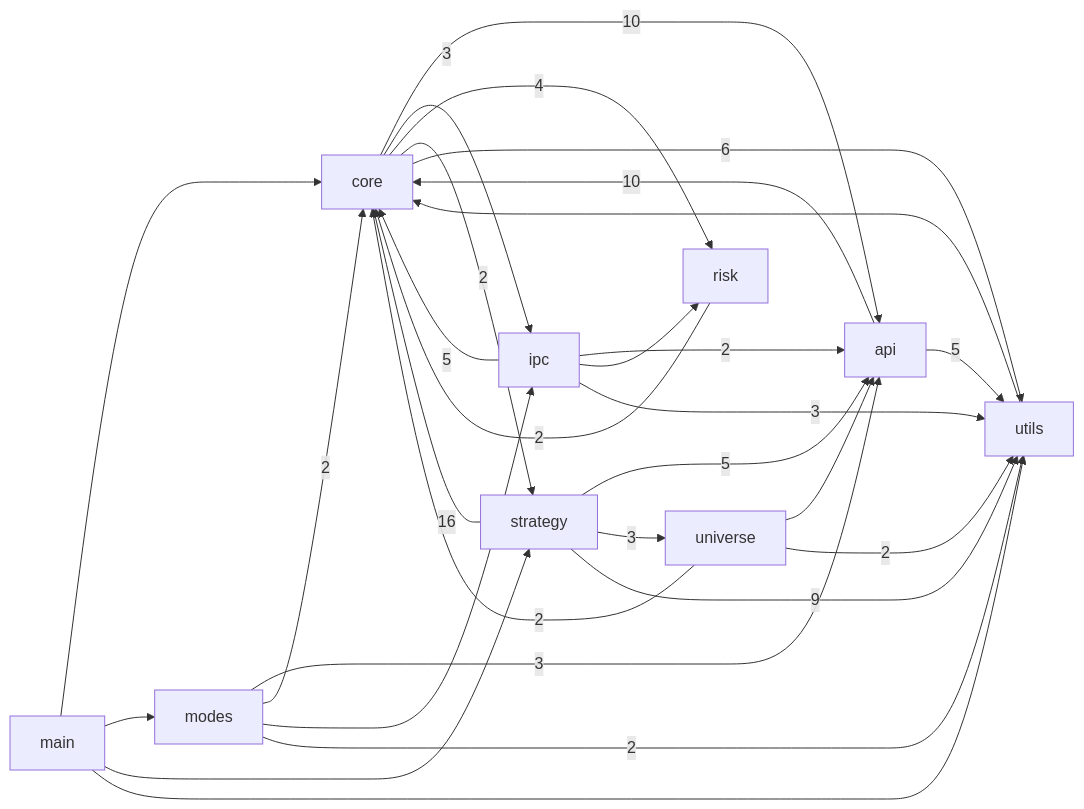
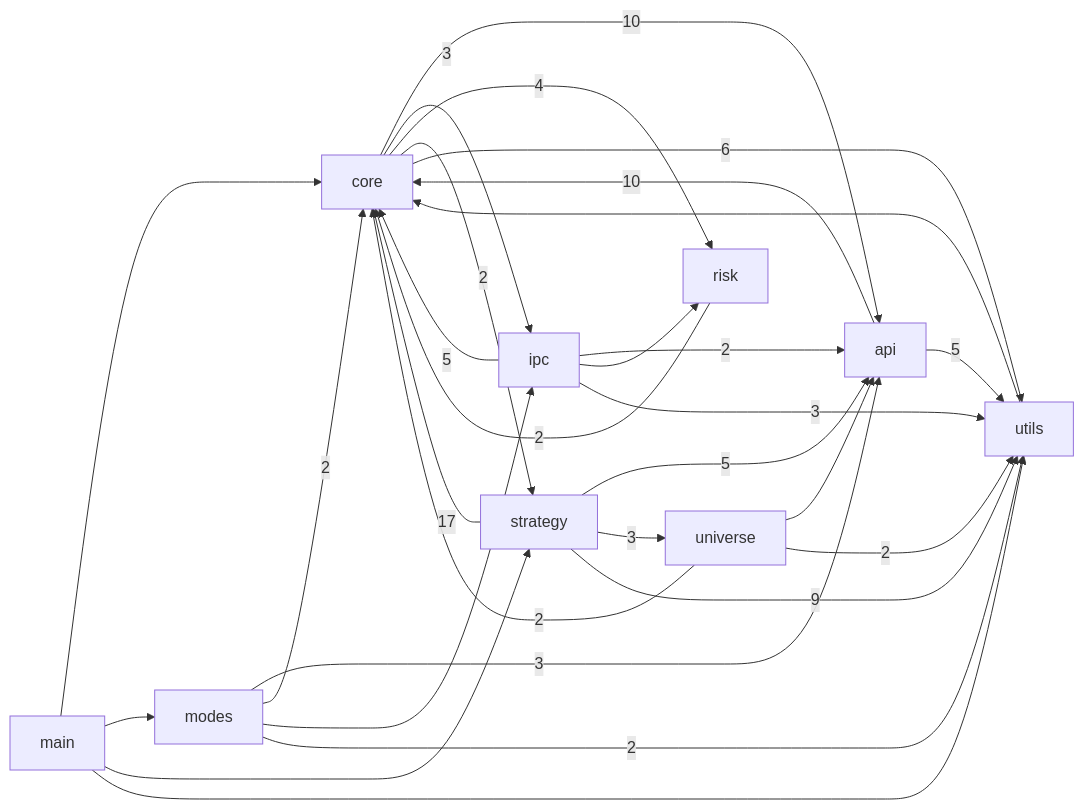
Before and after one commit to pypy8171/Quant: the first of 3 diagrams in docs/CODE_GRAPH.md, drawn with Mermaid. The commit also changed other lines of this file and 7 other files, not shown here.

````diff
--- a/docs/CODE_GRAPH.md
+++ b/docs/CODE_GRAPH.md
@@ -10,40 +10,40 @@
 ```mermaid
 graph LR
   main[main]
   modes[modes]
   core[core]
   strategy[strategy]
   api[api]
   universe[universe]
   risk[risk]
   ipc[ipc]
   utils[utils]
   api -->|10| core
   api -->|5| utils
   core -->|10| api
   core -->|3| ipc
   core -->|4| risk
   core -->|2| strategy
   core -->|6| utils
   ipc -->|2| api
   ipc -->|5| core
   ipc --> risk
   ipc -->|3| utils
   main --> core
   main --> modes
   main --> strategy
   main --> utils
   modes -->|3| api
   modes -->|2| core
   modes --> ipc
   modes -->|2| utils
   risk -->|2| core
   strategy -->|5| api
-  strategy -->|16| core
+  strategy -->|17| core
   strategy -->|3| universe
   strategy -->|9| utils
   universe --> api
   universe -->|2| core
   universe -->|2| utils
   utils --> core
 ```
````
